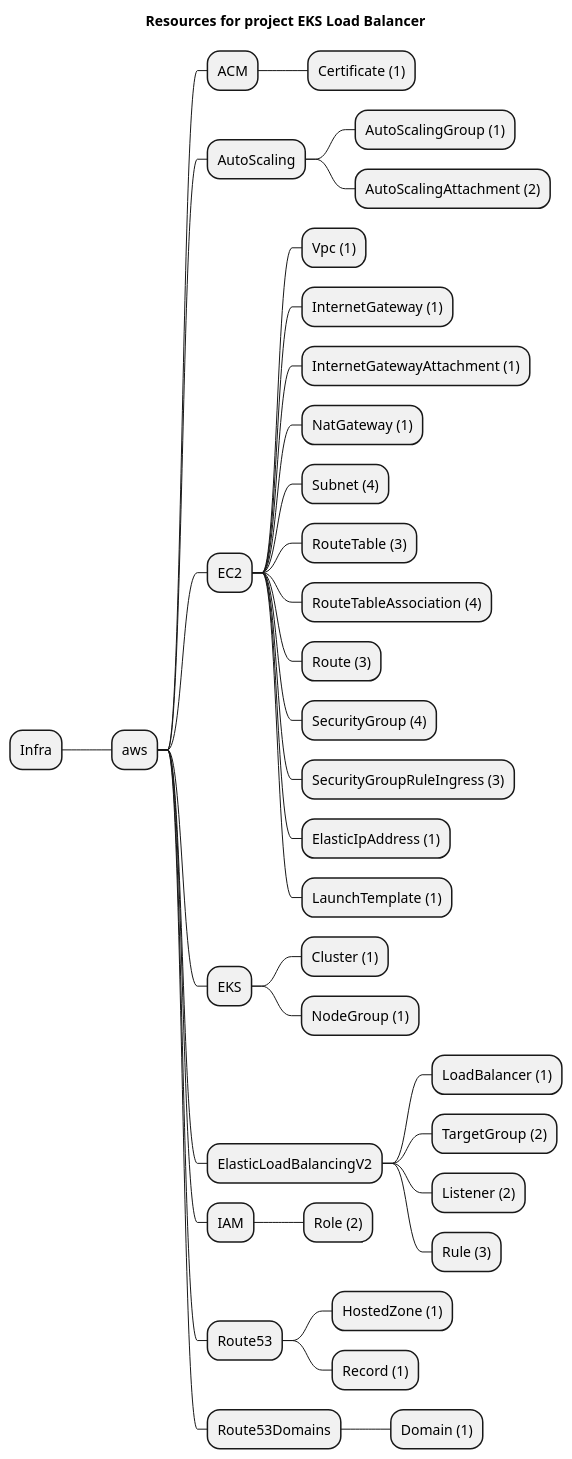
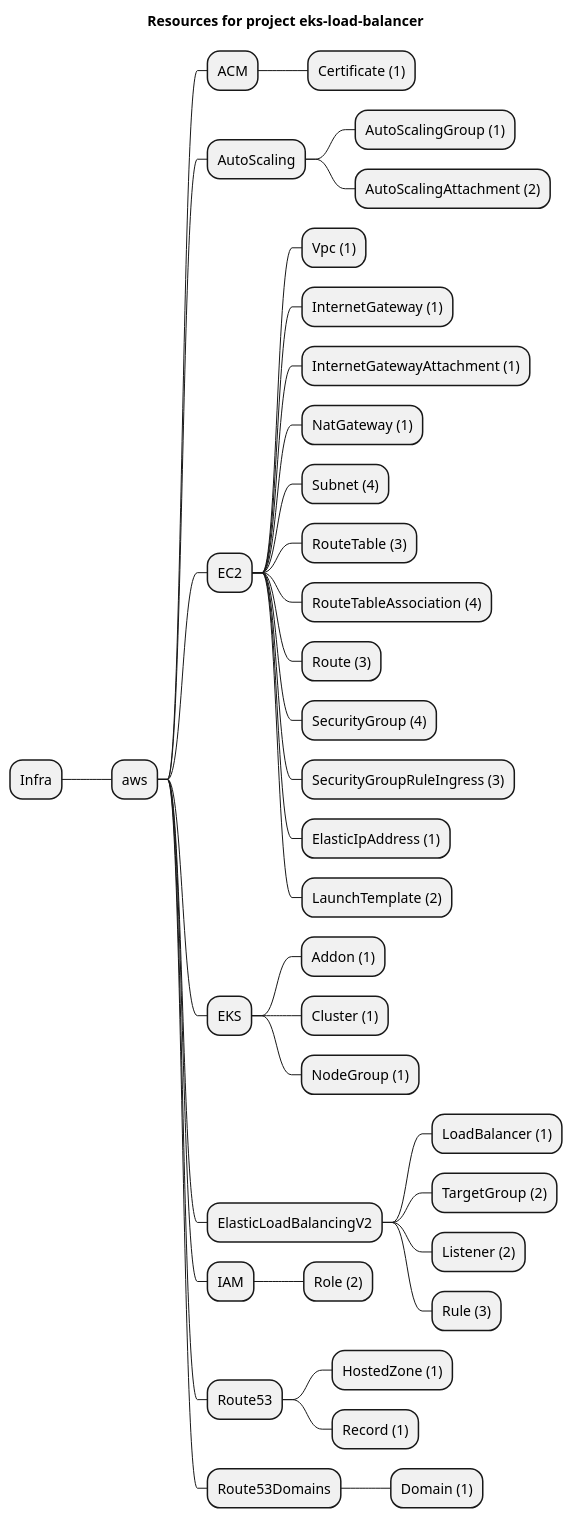
One commit to grucloud/grucloud changed the diagram in examples/aws/EKS/eks-load-balancer/artifacts/resources-mindmap.puml. Above: the diagram before and after it, drawn with PlantUML. The commit also changed 7 other files, not shown here.

```diff
--- a/examples/aws/EKS/eks-load-balancer/artifacts/resources-mindmap.puml
+++ b/examples/aws/EKS/eks-load-balancer/artifacts/resources-mindmap.puml
@@ -1,39 +1,40 @@
 @startmindmap
-title Resources for project EKS Load Balancer
+title Resources for project eks-load-balancer
 skinparam monochrome true
 + Infra
 ++ aws
 +++ ACM
 ++++ Certificate (1)
 +++ AutoScaling
 ++++ AutoScalingGroup (1)
 ++++ AutoScalingAttachment (2)
 +++ EC2
 ++++ Vpc (1)
 ++++ InternetGateway (1)
 ++++ InternetGatewayAttachment (1)
 ++++ NatGateway (1)
 ++++ Subnet (4)
 ++++ RouteTable (3)
 ++++ RouteTableAssociation (4)
 ++++ Route (3)
 ++++ SecurityGroup (4)
 ++++ SecurityGroupRuleIngress (3)
 ++++ ElasticIpAddress (1)
-++++ LaunchTemplate (1)
+++++ LaunchTemplate (2)
 +++ EKS
+++++ Addon (1)
 ++++ Cluster (1)
 ++++ NodeGroup (1)
 +++ ElasticLoadBalancingV2
 ++++ LoadBalancer (1)
 ++++ TargetGroup (2)
 ++++ Listener (2)
 ++++ Rule (3)
 +++ IAM
 ++++ Role (2)
 +++ Route53
 ++++ HostedZone (1)
 ++++ Record (1)
 +++ Route53Domains
 ++++ Domain (1)
 @endmindmap
```
